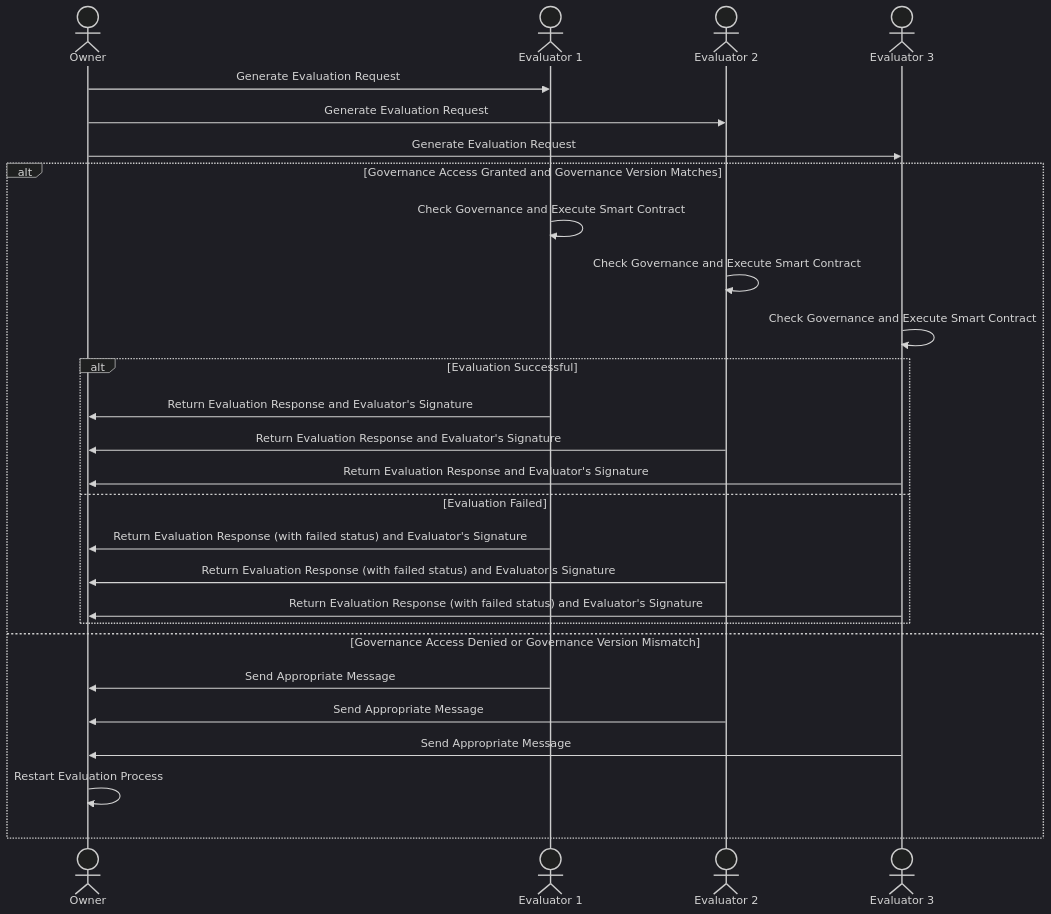
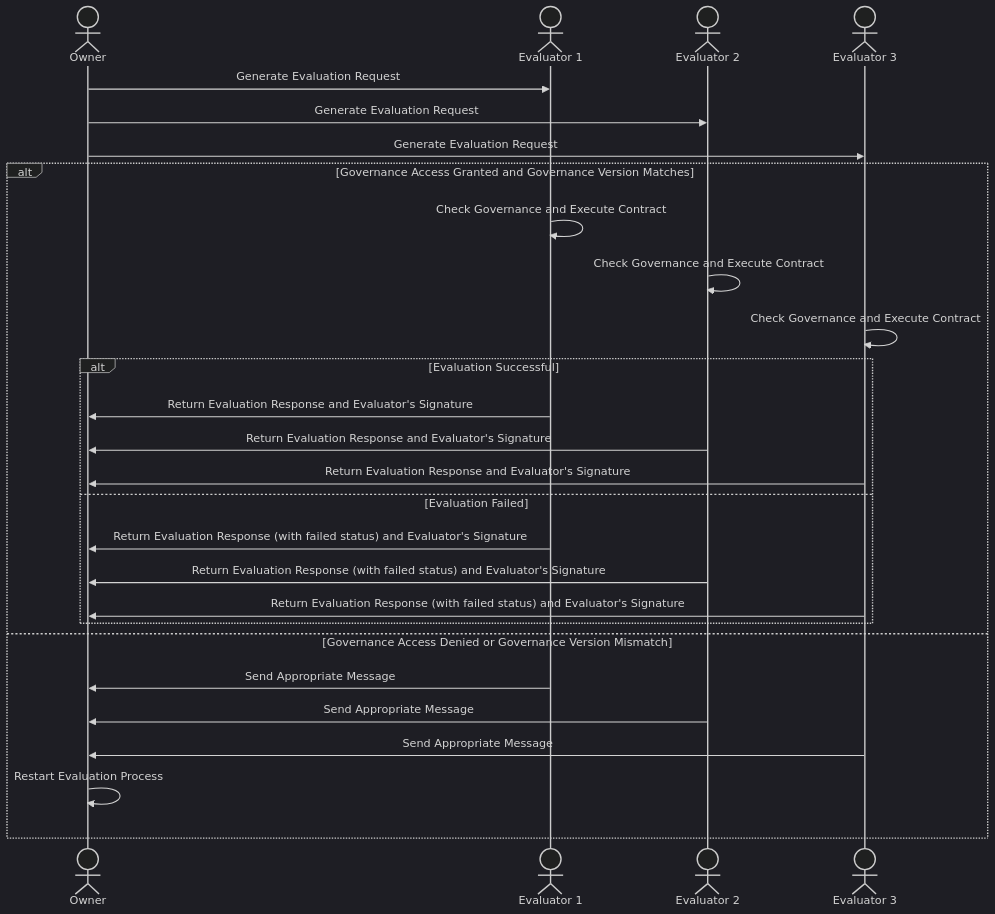
One commit to kore-ledger/site changed the diagram in content/en/docs/getting-started/advanced/evaluation/_index.md. Above: the diagram before and after it, drawn with Mermaid (dark theme). The commit also changed other lines of this file and 29 other files, not shown here.

````diff
--- a/content/en/docs/getting-started/advanced/evaluation/_index.md
+++ b/content/en/docs/getting-started/advanced/evaluation/_index.md
@@ -19,31 +19,31 @@
 ```mermaid
 sequenceDiagram
 actor Owner as Owner
 actor Evaluator1 as Evaluator 1
 actor Evaluator2 as Evaluator 2
 actor Evaluator3 as Evaluator 3
 
 Owner->>Evaluator1: Generate Evaluation Request
 Owner->>Evaluator2: Generate Evaluation Request
 Owner->>Evaluator3: Generate Evaluation Request
 
 alt Governance Access Granted and Governance Version Matches
-    Evaluator1->>Evaluator1: Check Governance and Execute Smart Contract
-    Evaluator2->>Evaluator2: Check Governance and Execute Smart Contract
-    Evaluator3->>Evaluator3: Check Governance and Execute Smart Contract
+    Evaluator1->>Evaluator1: Check Governance and Execute Contract
+    Evaluator2->>Evaluator2: Check Governance and Execute Contract
+    Evaluator3->>Evaluator3: Check Governance and Execute Contract
     alt Evaluation Successful
         Evaluator1->>Owner: Return Evaluation Response and Evaluator's Signature
         Evaluator2->>Owner: Return Evaluation Response and Evaluator's Signature
         Evaluator3->>Owner: Return Evaluation Response and Evaluator's Signature
     else Evaluation Failed
         Evaluator1->>Owner: Return Evaluation Response (with failed status) and Evaluator's Signature
         Evaluator2->>Owner: Return Evaluation Response (with failed status) and Evaluator's Signature
         Evaluator3->>Owner: Return Evaluation Response (with failed status) and Evaluator's Signature
     end
 else Governance Access Denied or Governance Version Mismatch
     Evaluator1->>Owner: Send Appropriate Message
     Evaluator2->>Owner: Send Appropriate Message
     Evaluator3->>Owner: Send Appropriate Message
     Owner->>Owner: Restart Evaluation Process
 end
 ```
````
